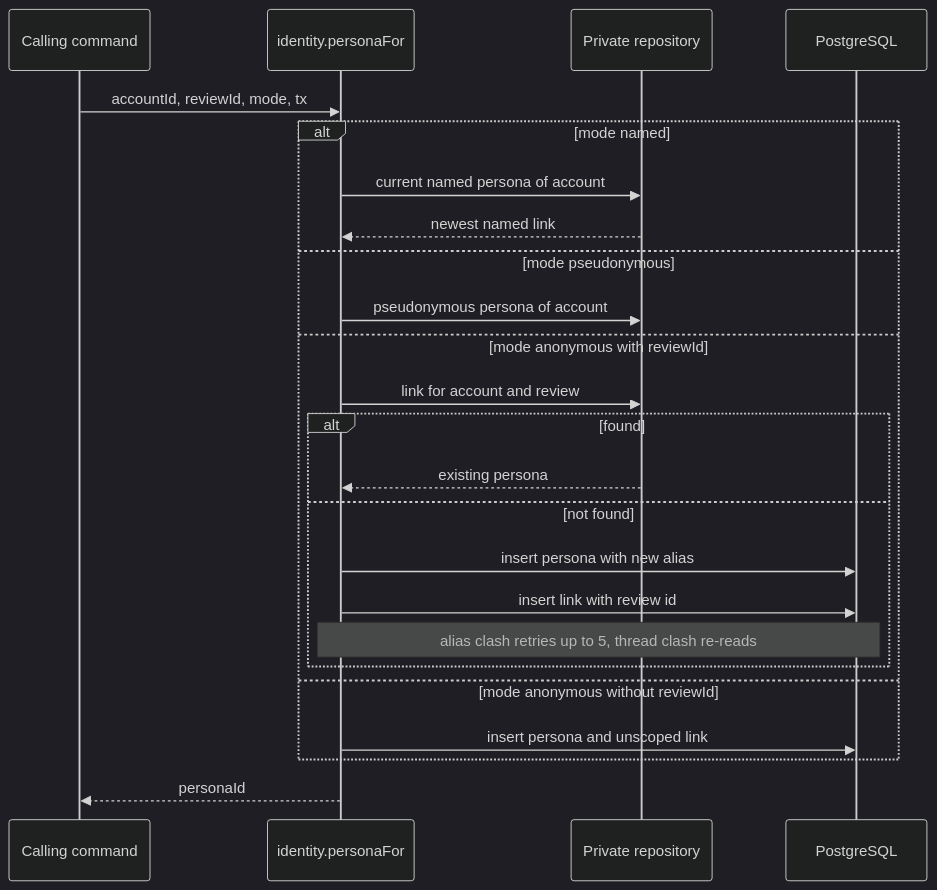
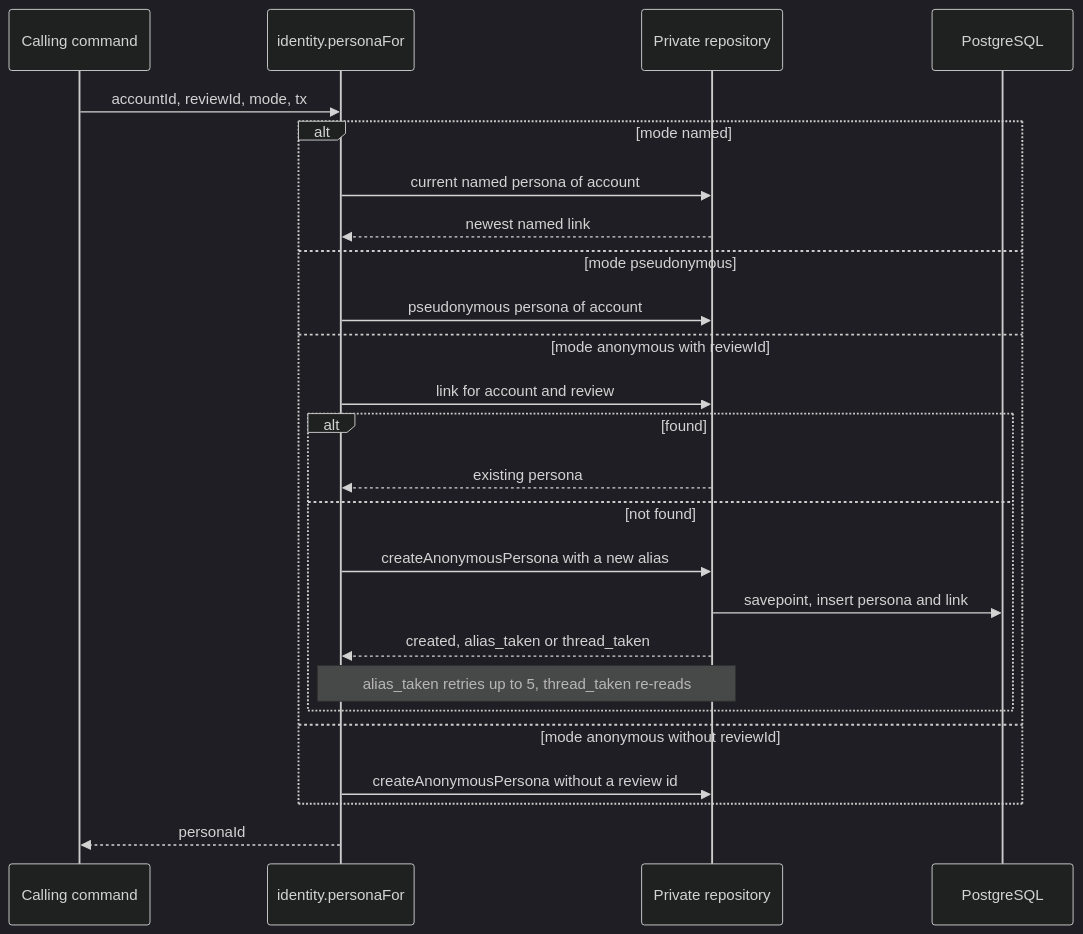
Before and after one commit to Md-Alamin-BS/RogiKotha: the first of 5 diagrams in docs/aidlc-migration/design-drafts/t-104-identity-module/functional-spec.md, drawn with Mermaid (dark theme). The commit also changed other lines of this file and 133 other files, not shown here.

````diff
--- a/docs/aidlc-migration/design-drafts/t-104-identity-module/functional-spec.md
+++ b/docs/aidlc-migration/design-drafts/t-104-identity-module/functional-spec.md
@@ -59,26 +160,27 @@
 ```mermaid
 sequenceDiagram
     participant C as Calling command
     participant I as identity.personaFor
     participant P as Private repository
     participant DB as PostgreSQL
     C->>I: accountId, reviewId, mode, tx
     alt mode named
         I->>P: current named persona of account
         P-->>I: newest named link
     else mode pseudonymous
         I->>P: pseudonymous persona of account
     else mode anonymous with reviewId
         I->>P: link for account and review
         alt found
             P-->>I: existing persona
         else not found
-            I->>DB: insert persona with new alias
-            I->>DB: insert link with review id
-            Note over I,DB: alias clash retries up to 5, thread clash re-reads
+            I->>P: createAnonymousPersona with a new alias
+            P->>DB: savepoint, insert persona and link
+            P-->>I: created, alias_taken or thread_taken
+            Note over I,P: alias_taken retries up to 5, thread_taken re-reads
         end
     else mode anonymous without reviewId
-        I->>DB: insert persona and unscoped link
+        I->>P: createAnonymousPersona without a review id
     end
     I-->>C: personaId
 ```
````
